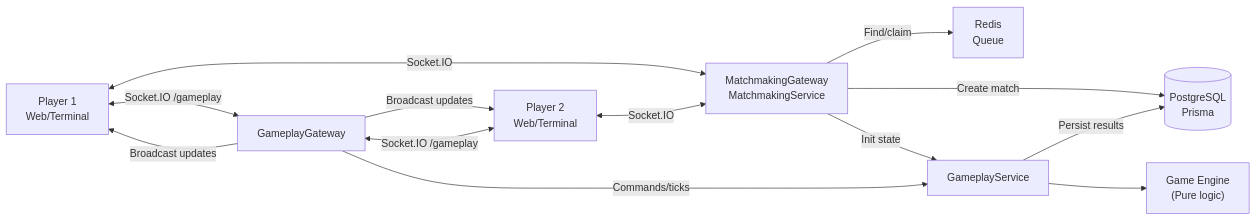
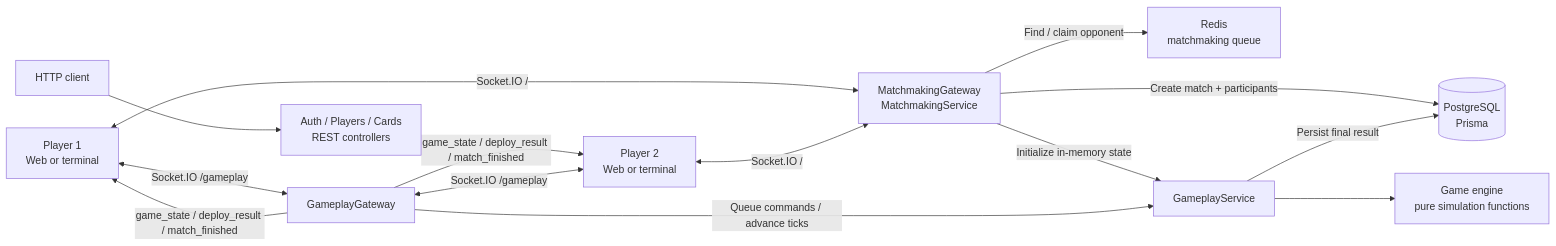
Before and after one commit to yousefsaad12/WarLand: the first of 3 diagrams in README.md, drawn with Mermaid. The commit also changed other lines of this file and 4 other files, not shown here.

````diff
--- a/README.md
+++ b/README.md
@@ -76,15 +103,16 @@
 ```mermaid
 flowchart LR
-    P1["Player 1<br/>Web/Terminal"] <-->|"Socket.IO"| MM["MatchmakingGateway<br/>MatchmakingService"]
-    P2["Player 2<br/>Web/Terminal"] <-->|"Socket.IO"| MM
+    P1["Player 1<br/>Web or terminal"] <-->|"Socket.IO /"| MM["MatchmakingGateway<br/>MatchmakingService"]
+    P2["Player 2<br/>Web or terminal"] <-->|"Socket.IO /"| MM
     P1 <-->|"Socket.IO /gameplay"| GW["GameplayGateway"]
     P2 <-->|"Socket.IO /gameplay"| GW
-    MM -->|"Find/claim"| R["Redis<br/>Queue"]
-    MM -->|"Create match"| DB[("PostgreSQL<br/>Prisma")]
-    MM -->|"Init state"| GS["GameplayService"]
-    GW -->|"Commands/ticks"| GS
-    GS --> ENG["Game Engine<br/>(Pure logic)"]
-    GS -->|"Persist results"| DB
-    GW -->|"Broadcast updates"| P1
-    GW -->|"Broadcast updates"| P2
+    HTTP["HTTP client"] --> REST["Auth / Players / Cards<br/>REST controllers"]
+    MM -->|"Find / claim opponent"| R["Redis<br/>matchmaking queue"]
+    MM -->|"Create match + participants"| DB[("PostgreSQL<br/>Prisma")]
+    MM -->|"Initialize in-memory state"| GS["GameplayService"]
+    GW -->|"Queue commands / advance ticks"| GS
+    GS --> ENG["Game engine<br/>pure simulation functions"]
+    GS -->|"Persist final result"| DB
+    GW -->|"game_state / deploy_result / match_finished"| P1
+    GW -->|"game_state / deploy_result / match_finished"| P2
 ```
````
